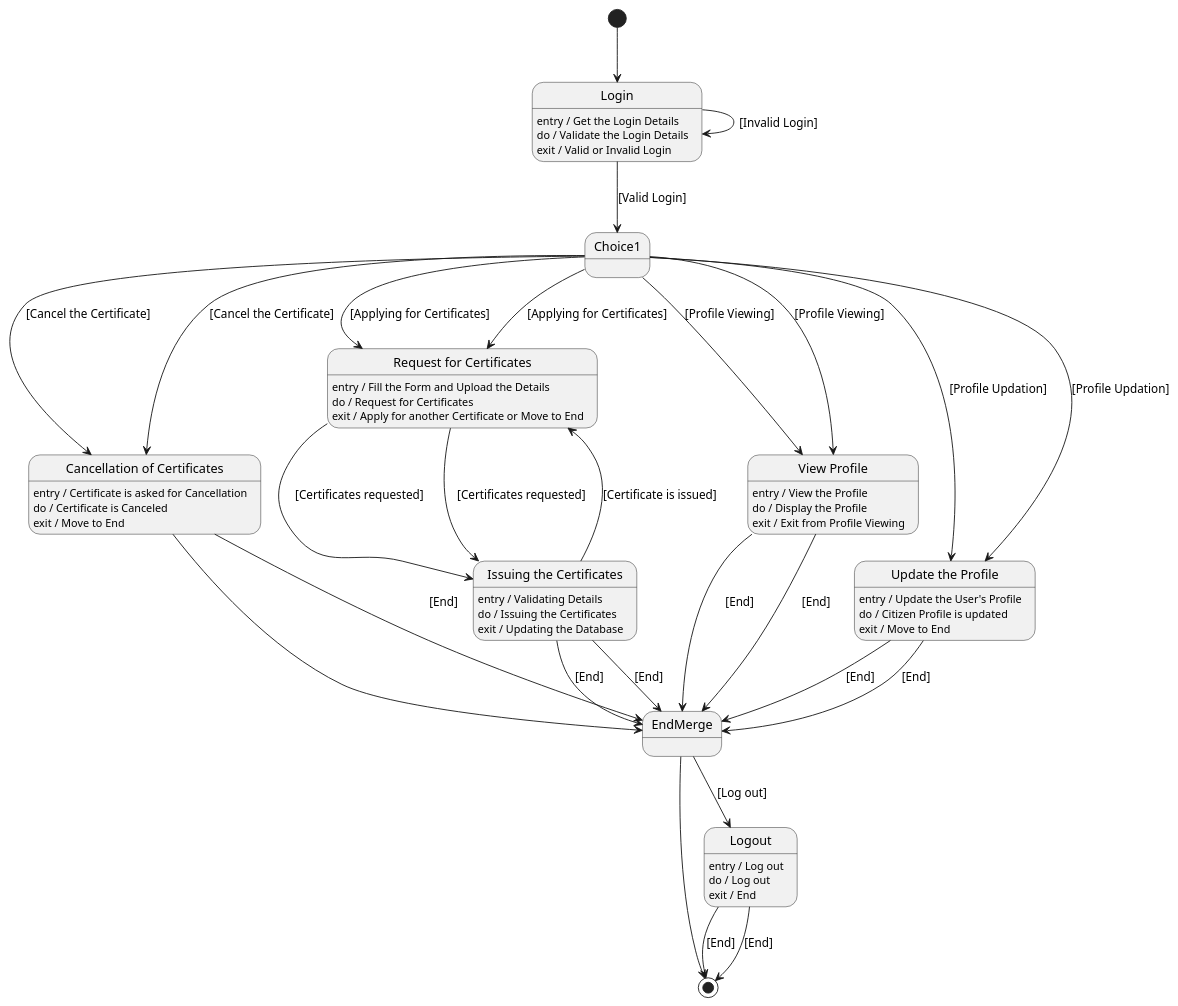
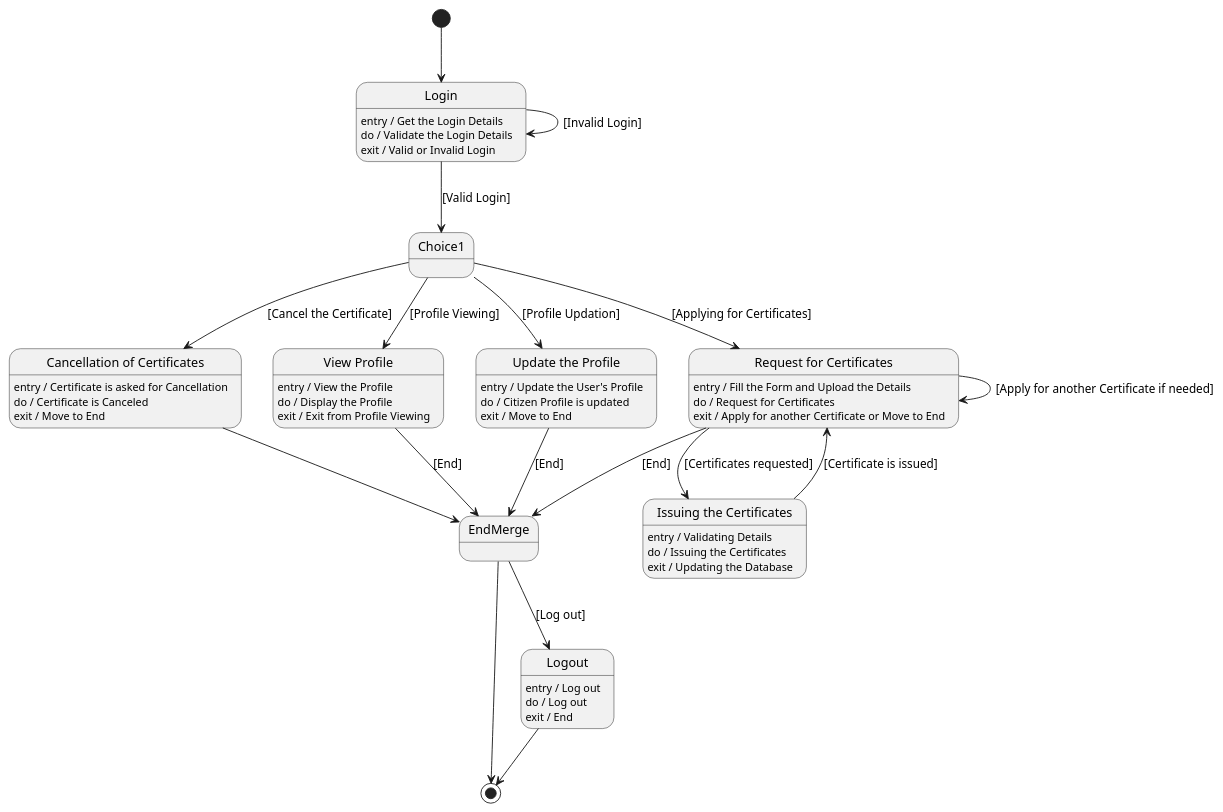
Before and after one commit to maimunafaria/State_transition_Diagram_generated_by_LLM: the diagram in results/plantuml_pipeline/runs/open_source__llama31_8b_instruct__rag_validation_generator_critic_repair/case_32_e_visa_processing_and_follow_up_system/run_01.repair_03.puml, drawn with PlantUML. The commit also changed 7 other files, not shown here.

```diff
--- a/results/plantuml_pipeline/runs/open_source__llama31_8b_instruct__rag_validation_generator_critic_repair/case_32_e_visa_processing_and_follow_up_system/run_01.repair_03.puml
+++ b/results/plantuml_pipeline/runs/open_source__llama31_8b_instruct__rag_validation_generator_critic_repair/case_32_e_visa_processing_and_follow_up_system/run_01.repair_03.puml
@@ -1,77 +1,66 @@
 @startuml
 [*] --> Login
 
 state Login
 Login : entry / Get the Login Details
 Login : do / Validate the Login Details
 Login : exit / Valid or Invalid Login
 
 Login --> Login : [Invalid Login]
 Login --> Choice1 : [Valid Login]
 
 state Choice1 <<choice>>
 Choice1 --> CancelCert : [Cancel the Certificate]
 Choice1 --> RequestCert : [Applying for Certificates]
 Choice1 --> ViewProfile : [Profile Viewing]
 Choice1 --> UpdateProfile : [Profile Updation]
 
 state "Cancellation of Certificates" as CancelCert
 CancelCert : entry / Certificate is asked for Cancellation
 CancelCert : do / Certificate is Canceled
 CancelCert : exit / Move to End
 
 CancelCert --> EndMerge
 
 state "Request for Certificates" as RequestCert
 RequestCert : entry / Fill the Form and Upload the Details
 RequestCert : do / Request for Certificates
 RequestCert : exit / Apply for another Certificate or Move to End
 
+RequestCert --> RequestCert : [Apply for another Certificate if needed]
 RequestCert --> IssueCert : [Certificates requested]
 
 state "Issuing the Certificates" as IssueCert
 IssueCert : entry / Validating Details
 IssueCert : do / Issuing the Certificates
 IssueCert : exit / Updating the Database
 
 IssueCert --> RequestCert : [Certificate is issued]
-IssueCert --> EndMerge : [End]
+RequestCert --> EndMerge : [End]
 
 state "View Profile" as ViewProfile
 ViewProfile : entry / View the Profile
 ViewProfile : do / Display the Profile
 ViewProfile : exit / Exit from Profile Viewing
 
 ViewProfile --> EndMerge : [End]
 
 state "Update the Profile" as UpdateProfile
 UpdateProfile : entry / Update the User's Profile
 UpdateProfile : do / Citizen Profile is updated
 UpdateProfile : exit / Move to End
 
 UpdateProfile --> EndMerge : [End]
 
 state EndMerge <<choice>>
 EndMerge --> [*]
 EndMerge --> Logout : [Log out]
 
 state Logout
 Logout : entry / Log out
 Logout : do / Log out
 Logout : exit / End
 
-Logout --> [*] : [End]
-
-Choice1 --> CancelCert : [Cancel the Certificate]
-Choice1 --> RequestCert : [Applying for Certificates]
-Choice1 --> ViewProfile : [Profile Viewing]
-Choice1 --> UpdateProfile : [Profile Updation]
-
-CancelCert --> EndMerge : [End]
-RequestCert --> IssueCert : [Certificates requested]
-IssueCert --> EndMerge : [End]
-ViewProfile --> EndMerge : [End]
-UpdateProfile --> EndMerge : [End]
-Logout --> [*] : [End]
+Logout --> [*]
 
 @enduml
```
